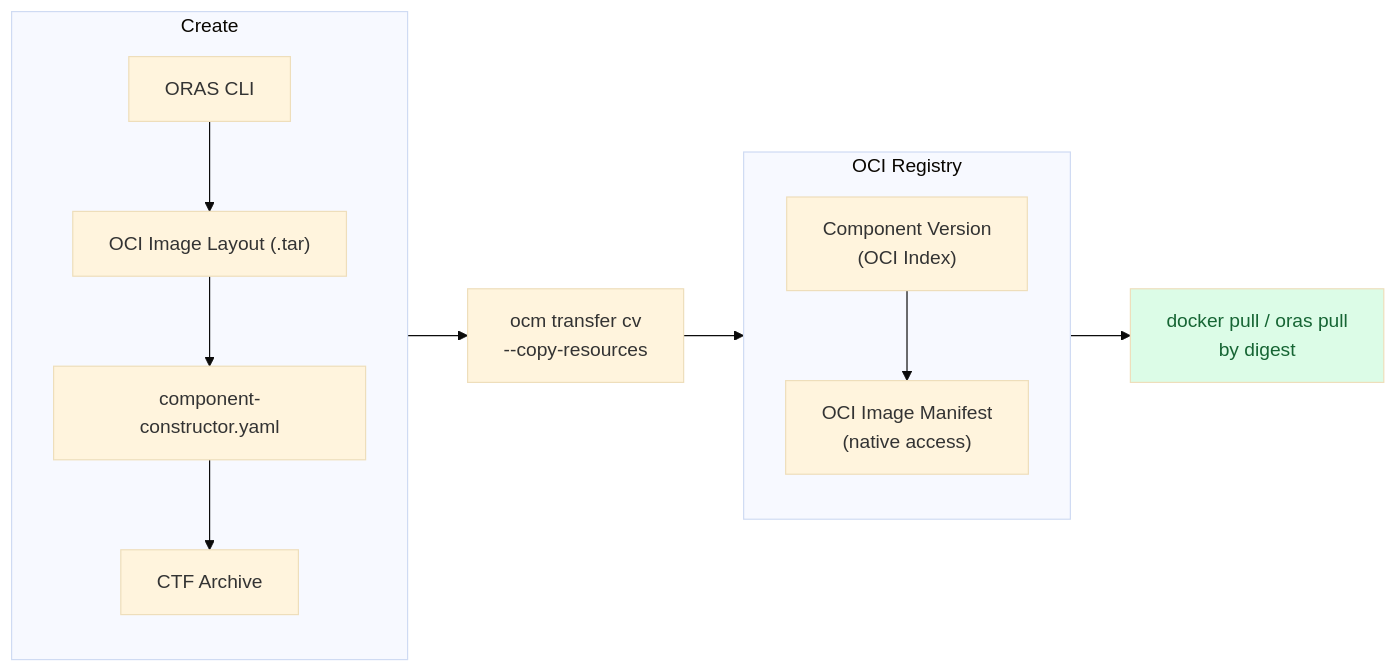
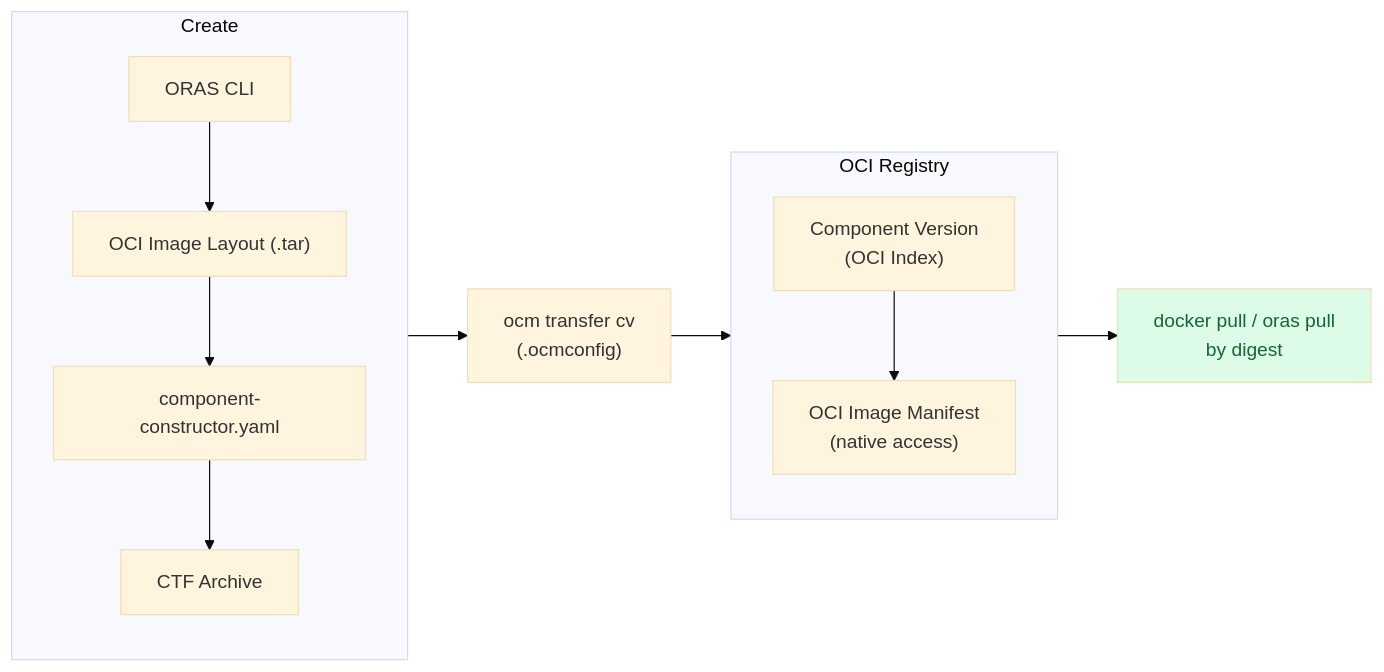
One commit to open-component-model/open-component-model changed the first of 2 diagrams in website/content/docs/tutorials/working-with-oci/_index.md. Above: the diagram before and after it, drawn with Mermaid (base theme). The commit also changed other lines of this file and 117 other files, not shown here.

First line of the commit message:
feat(transfer)!: replace --upload-as and copyMode with uploader configurations (#3702)

````diff
--- a/website/content/docs/tutorials/working-with-oci/_index.md
+++ b/website/content/docs/tutorials/working-with-oci/_index.md
@@ -28,24 +28,24 @@
 ```mermaid
 flowchart LR
     subgraph create ["Create"]
         direction TB
         ORAS["ORAS CLI"] --> Layout["OCI Image Layout (.tar)"]
         Layout --> Constructor["component-constructor.yaml"]
         Constructor --> CTF["CTF Archive"]
     end
 
-    CTF --> Transfer["ocm transfer cv<br/>--copy-resources"]
+    CTF --> Transfer["ocm transfer cv<br/>(.ocmconfig)"]
 
     subgraph registry ["OCI Registry"]
         direction TB
         Index["Component Version<br/>(OCI Index)"]
         Manifest["OCI Image Manifest<br/>(native access)"]
         Index --> Manifest
     end
 
     Transfer --> Index
 
     Manifest --> Pull["docker pull / oras pull<br/>by digest"]
 
     style Pull fill:#dcfce7,color:#166534
 ```
````
